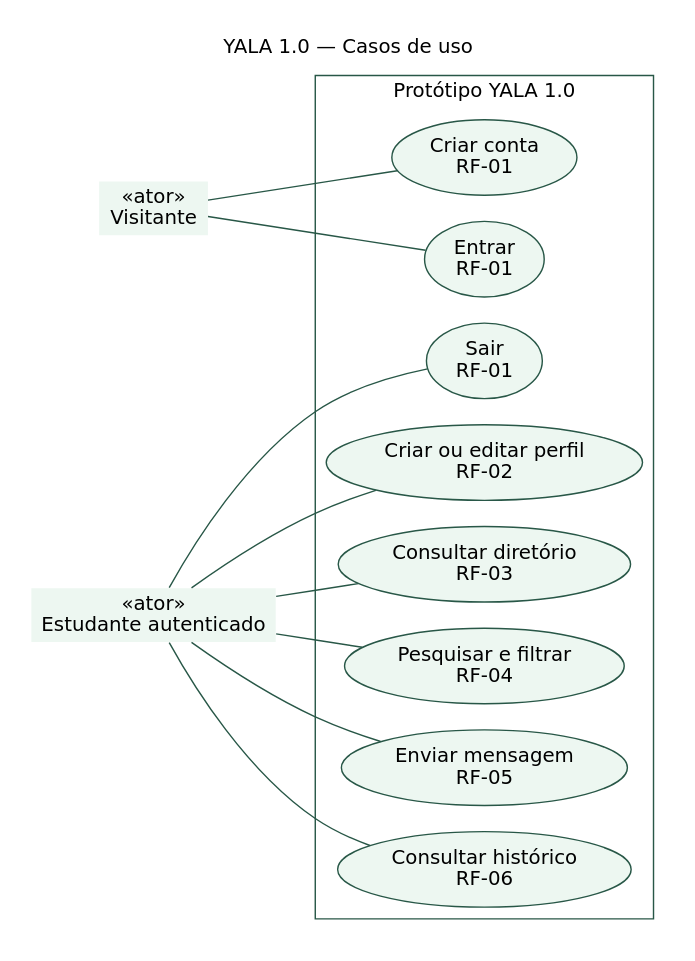
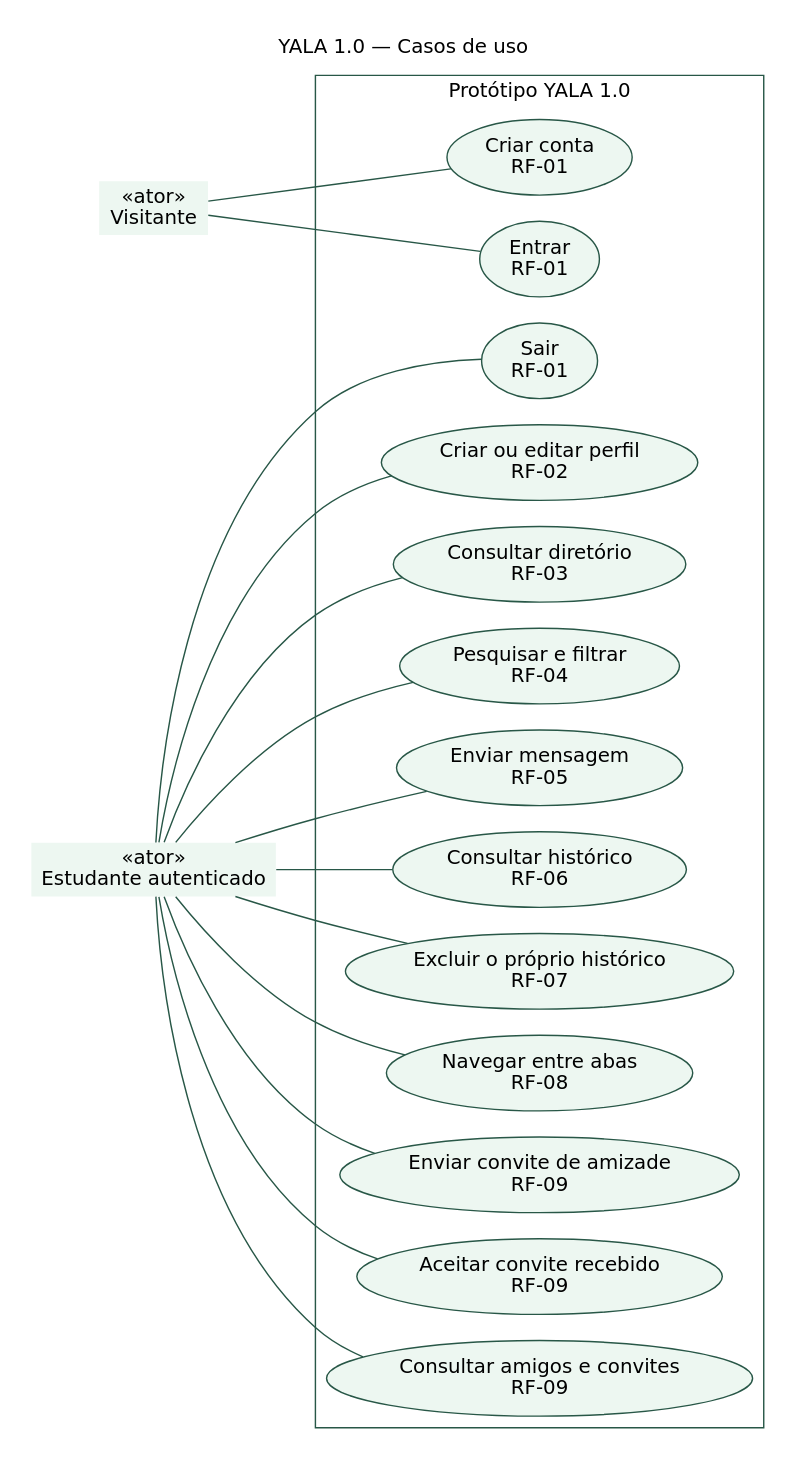
The diagram in docs/diagramas/casos-de-uso.dot (lucianofreire29/yala), drawn with Graphviz before and after one commit. The commit also changed 5 other files, not shown here.

Commit message:
docs: atualiza os diagramas para a entrega acadêmica

```diff
--- a/docs/diagramas/casos-de-uso.dot
+++ b/docs/diagramas/casos-de-uso.dot
@@ -1,20 +1,25 @@
 graph YALA {
   graph [rankdir=LR, bgcolor="white", fontname="DejaVu Sans", label="YALA 1.0 — Casos de uso", labelloc=t, pad=0.2];
   node [fontname="DejaVu Sans", shape=ellipse, style=filled, fillcolor="#edf7f1", color="#285747"];
   edge [color="#285747"];
   visitante [label="«ator»\nVisitante", shape=plaintext];
   estudante [label="«ator»\nEstudante autenticado", shape=plaintext];
   subgraph cluster_yala {
     label="Protótipo YALA 1.0"; color="#285747";
     cadastro [label="Criar conta\nRF-01"];
     login [label="Entrar\nRF-01"];
     sair [label="Sair\nRF-01"];
     perfil [label="Criar ou editar perfil\nRF-02"];
     ver [label="Consultar diretório\nRF-03"];
     filtrar [label="Pesquisar e filtrar\nRF-04"];
     enviar [label="Enviar mensagem\nRF-05"];
     historico [label="Consultar histórico\nRF-06"];
+    excluir [label="Excluir o próprio histórico\nRF-07"];
+    navegar [label="Navegar entre abas\nRF-08"];
+    convite [label="Enviar convite de amizade\nRF-09"];
+    aceitar [label="Aceitar convite recebido\nRF-09"];
+    amigos [label="Consultar amigos e convites\nRF-09"];
   }
   visitante -- {cadastro login};
-  estudante -- {sair perfil ver filtrar enviar historico};
+  estudante -- {sair perfil ver filtrar enviar historico excluir navegar convite aceitar amigos};
 }
```
